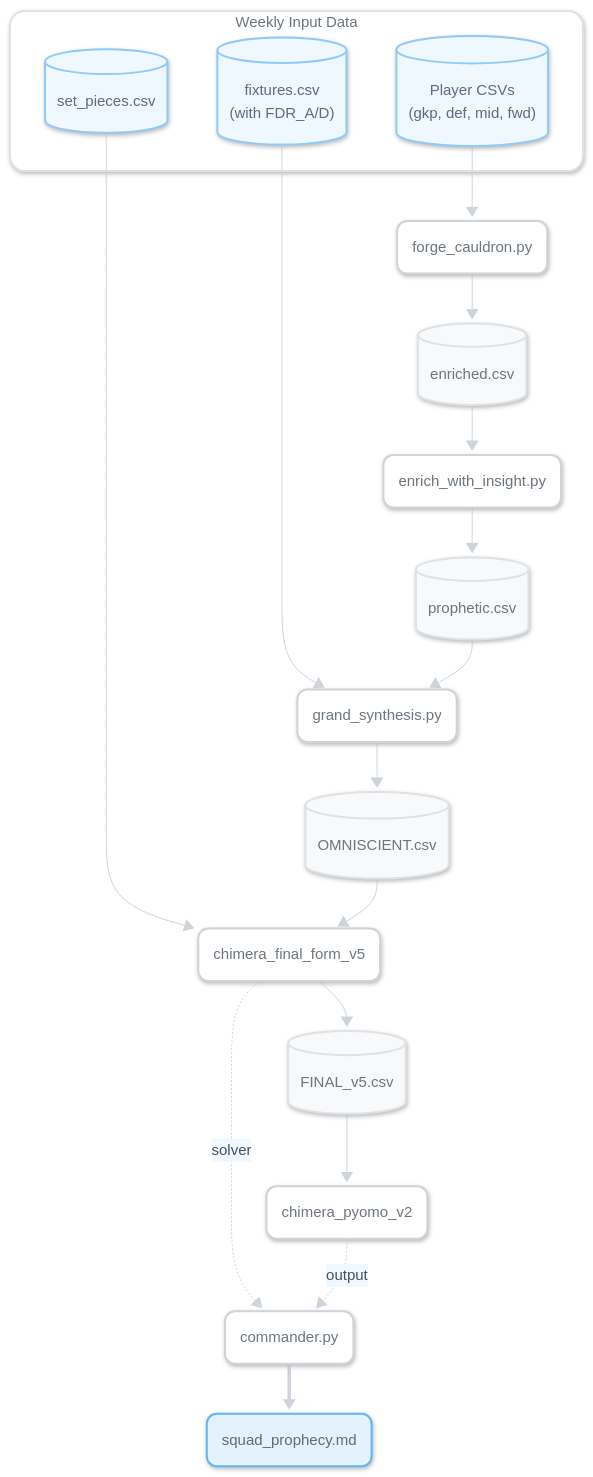
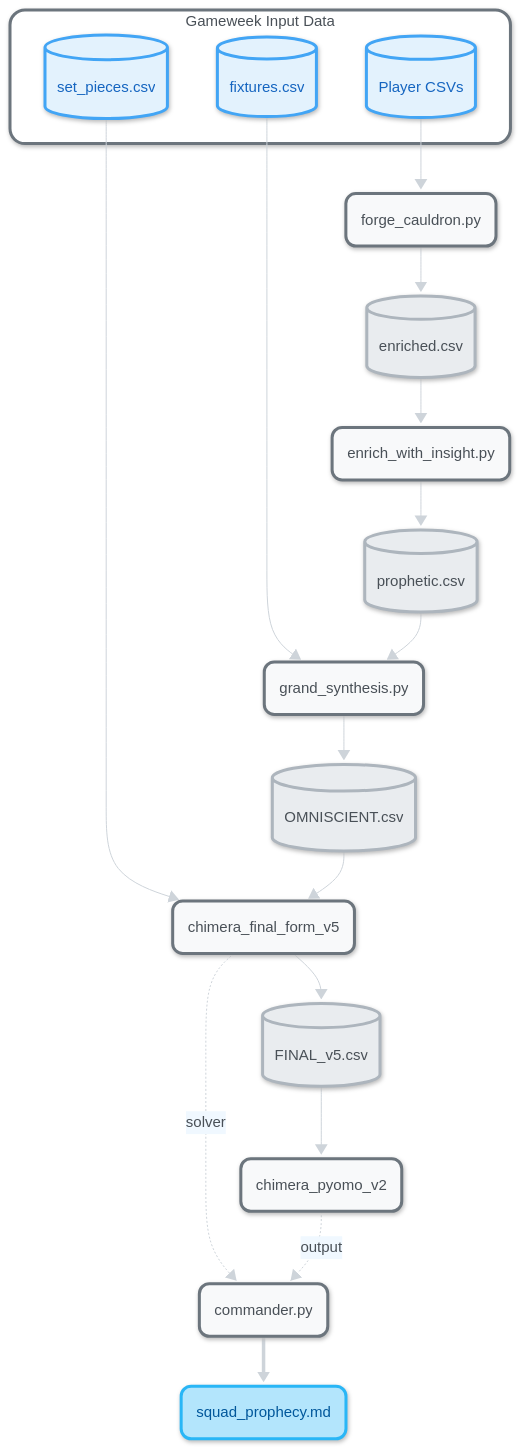
The diagram in README.md (ianchanning/fpl-dominator), drawn with Mermaid before and after one commit.

Commit message:
docs: Refine README diagram with updated input labels and styles

````diff
--- a/README.md
+++ b/README.md
@@ -106,61 +106,61 @@
 ```mermaid
 ---
 config:
   look: neo
 ---
 %%{init: {'theme':'base', 'themeVariables': { 'primaryColor':'#fafbfc','primaryTextColor':'#6c757d','primaryBorderColor':'#dee2e6','lineColor':'#ced4da','secondaryColor':'#f0f8ff','tertiaryColor':'#f8f9fa','background':'#ffffff','mainBkg':'#fafbfc','secondBkg':'#f0f8ff','tertiaryBkg':'#f8f9fa','primaryTextColor':'#495057','fontSize':'15px','fontFamily':'system-ui, -apple-system, sans-serif'}}}%%
 graph TD
-    subgraph inputs["Weekly Input Data"]
-        A1[("Player CSVs<br>(gkp, def, mid, fwd)")]
-        A2[("fixtures.csv<br>(with FDR_A/D)")]
+    subgraph inputs["Gameweek Input Data"]
+        A1[("Player CSVs")]
+        A2[("fixtures.csv")]
         A3[("set_pieces.csv")]
     end
 
     B1("forge_cauldron.py")
     C1[("enriched.csv")]
 
     B2("enrich_with_insight.py")
     C2[("prophetic.csv")]
 
     B3("grand_synthesis.py")
     C3[("OMNISCIENT.csv")]
 
     B4("chimera_final_form_v5")
     C4[("FINAL_v5.csv")]
 
     B5("chimera_pyomo_v2")
 
     E1("commander.py")
     F1("squad_prophecy.md")
 
     A1 --> B1
     B1 --> C1
     C1 --> B2
     B2 --> C2
 
     A2 --> B3
     C2 --> B3
     B3 --> C3
 
     A3 --> B4
     C3 --> B4
     B4 --> C4
     B4 -. solver .-> E1
 
     C4 --> B5
     B5 -. output .-> E1
 
     E1 ==> F1
 
-    classDef inputStyle fill:#f0f8ff,stroke:#90caf9,stroke-width:2px,color:#5a6c7d,rx:10,ry:10
-    classDef processStyle fill:#fff,stroke:#ced4da,stroke-width:2px,color:#6c757d,rx:10,ry:10
-    classDef dataStyle fill:#f8f9fa,stroke:#dee2e6,stroke-width:2px,color:#6c757d,rx:10,ry:10
-    classDef outputStyle fill:#e3f2fd,stroke:#64b5f6,stroke-width:2px,color:#5a6c7d,rx:10,ry:10
+    classDef inputStyle fill:#e3f2fd,stroke:#42a5f5,stroke-width:3px,color:#1565c0,rx:10,ry:10
+    classDef processStyle fill:#f8f9fa,stroke:#6c757d,stroke-width:3px,color:#495057,rx:10,ry:10
+    classDef dataStyle fill:#e9ecef,stroke:#adb5bd,stroke-width:3px,color:#495057,rx:10,ry:10
+    classDef outputStyle fill:#b3e5fc,stroke:#29b6f6,stroke-width:3px,color:#01579b,rx:10,ry:10
 
     class A1,A2,A3 inputStyle
     class B1,B2,B3,B4,B5,E1 processStyle
     class C1,C2,C3,C4 dataStyle
     class F1 outputStyle
 
-    style inputs fill:#ffffff,stroke:#dee2e6,stroke-width:2px,color:#6c757d,rx:15,ry:15
+    style inputs fill:#ffffff,stroke:#6c757d,stroke-width:3px,color:#495057,rx:15,ry:15
 ```
````
